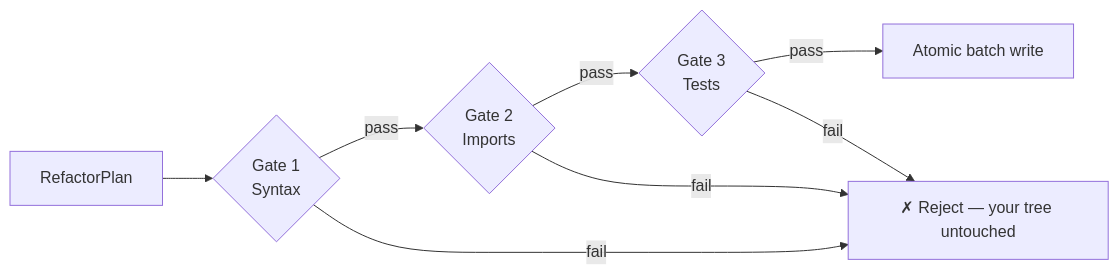
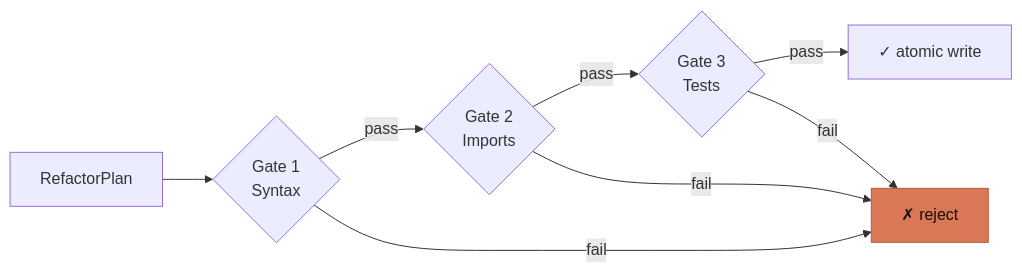
Before and after one commit to Refactron-ai/Refactron_Lib_TS: the second of 2 diagrams in README.md, drawn with Mermaid. The commit also changed other lines of this file, not shown here.

````diff
--- a/README.md
+++ b/README.md
@@ -42,10 +74,13 @@
 ```mermaid
 flowchart LR
-  Plan[RefactorPlan] --> G1{Gate 1<br/>Syntax}
-  G1 -- pass --> G2{Gate 2<br/>Imports}
-  G2 -- pass --> G3{Gate 3<br/>Tests}
-  G3 -- pass --> AW[Atomic batch write]
-  G1 -- fail --> Reject[✗ Reject — your tree untouched]
-  G2 -- fail --> Reject
-  G3 -- fail --> Reject
+  P["RefactorPlan"] --> G1{"Gate 1<br/>Syntax"}
+  G1 -- pass --> G2{"Gate 2<br/>Imports"}
+  G2 -- pass --> G3{"Gate 3<br/>Tests"}
+  G3 -- pass --> OK["✓ atomic write"]
+  G1 -- fail --> NO["✗ reject"]
+  G2 -- fail --> NO
+  G3 -- fail --> NO
+
+  classDef hold fill:#d97757,stroke:#b85c3c,color:#160f0c;
+  class NO hold;
 ```
````
